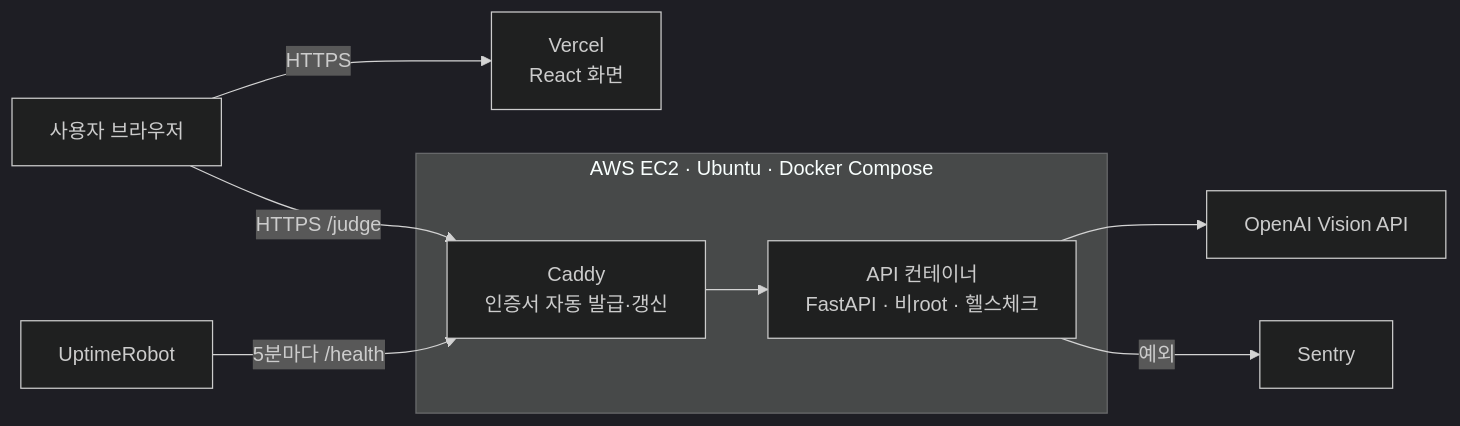
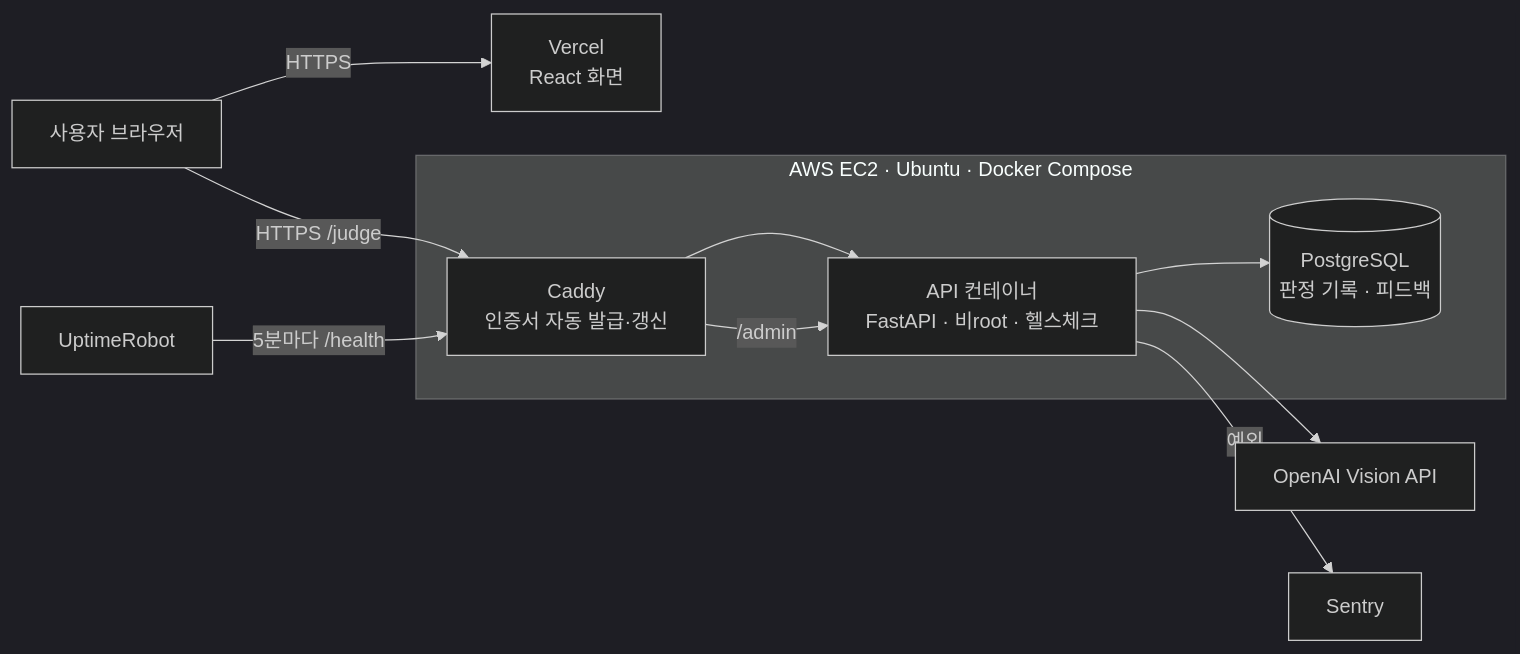
The diagram in docs/operations.md (hsbfdsa/recycle-vision-judge), drawn with Mermaid (dark theme) before and after one commit. The commit also changed other lines of this file and 22 other files, not shown here.

````diff
--- a/docs/operations.md
+++ b/docs/operations.md
@@ -5,11 +5,13 @@
 ```mermaid
 flowchart LR
     U[사용자 브라우저] -->|HTTPS| V[Vercel<br/>React 화면]
     U -->|HTTPS /judge| C[Caddy<br/>인증서 자동 발급·갱신]
     subgraph EC2[AWS EC2 · Ubuntu · Docker Compose]
       C --> A[API 컨테이너<br/>FastAPI · 비root · 헬스체크]
+      A --> D[(PostgreSQL<br/>판정 기록 · 피드백)]
     end
+    C -->|/admin| A
     A --> O[OpenAI Vision API]
     M[UptimeRobot] -->|5분마다 /health| C
     A -->|예외| S[Sentry]
 ```
````
